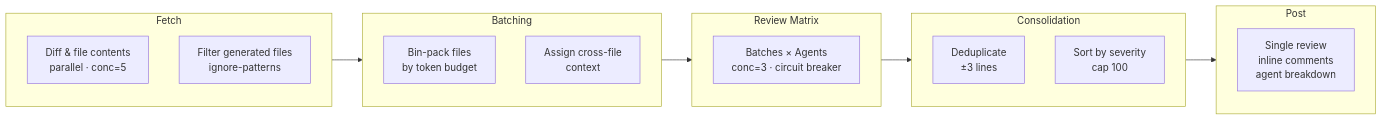
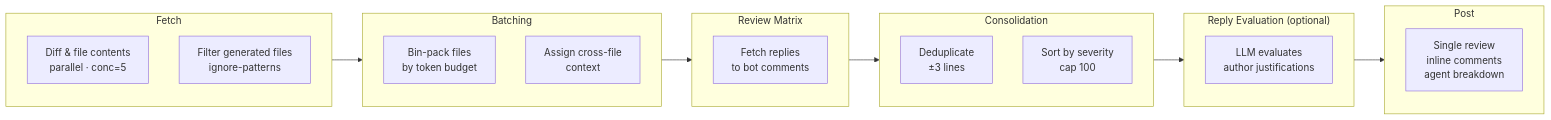
Before and after one commit to 4itworks/livvie_code_review: the diagram in README.md, drawn with Mermaid. The commit also changed other lines of this file and 13 other files, not shown here.

First line of the commit message:
feat: Respect author replies to dismiss reasonable justifications

````diff
--- a/README.md
+++ b/README.md
@@ -351,22 +370,26 @@
 ```mermaid
 flowchart LR
     subgraph FETCH["Fetch"]
         F1["Diff & file contents<br/>parallel · conc=5"]
         F2["Filter generated files<br/>ignore-patterns"]
     end
     subgraph BATCH["Batching"]
         B1["Bin-pack files<br/>by token budget"]
         B2["Assign cross-file<br/>context"]
     end
     subgraph REVIEW["Review Matrix"]
         R1["Batches × Agents<br/>conc=3 · circuit breaker"]
     end
     subgraph CONSOL["Consolidation"]
         C1["Deduplicate<br/>±3 lines"]
         C2["Sort by severity<br/>cap 100"]
     end
+    subgraph REPLIES["Reply Evaluation (optional)"]
+        R1["Fetch replies<br/>to bot comments"]
+        R2["LLM evaluates<br/>author justifications"]
+    end
     subgraph POST["Post"]
         P1["Single review<br/>inline comments<br/>agent breakdown"]
     end
-    FETCH --> BATCH --> REVIEW --> CONSOL --> POST
+    FETCH --> BATCH --> REVIEW --> CONSOL --> REPLIES --> POST
 ```
````
